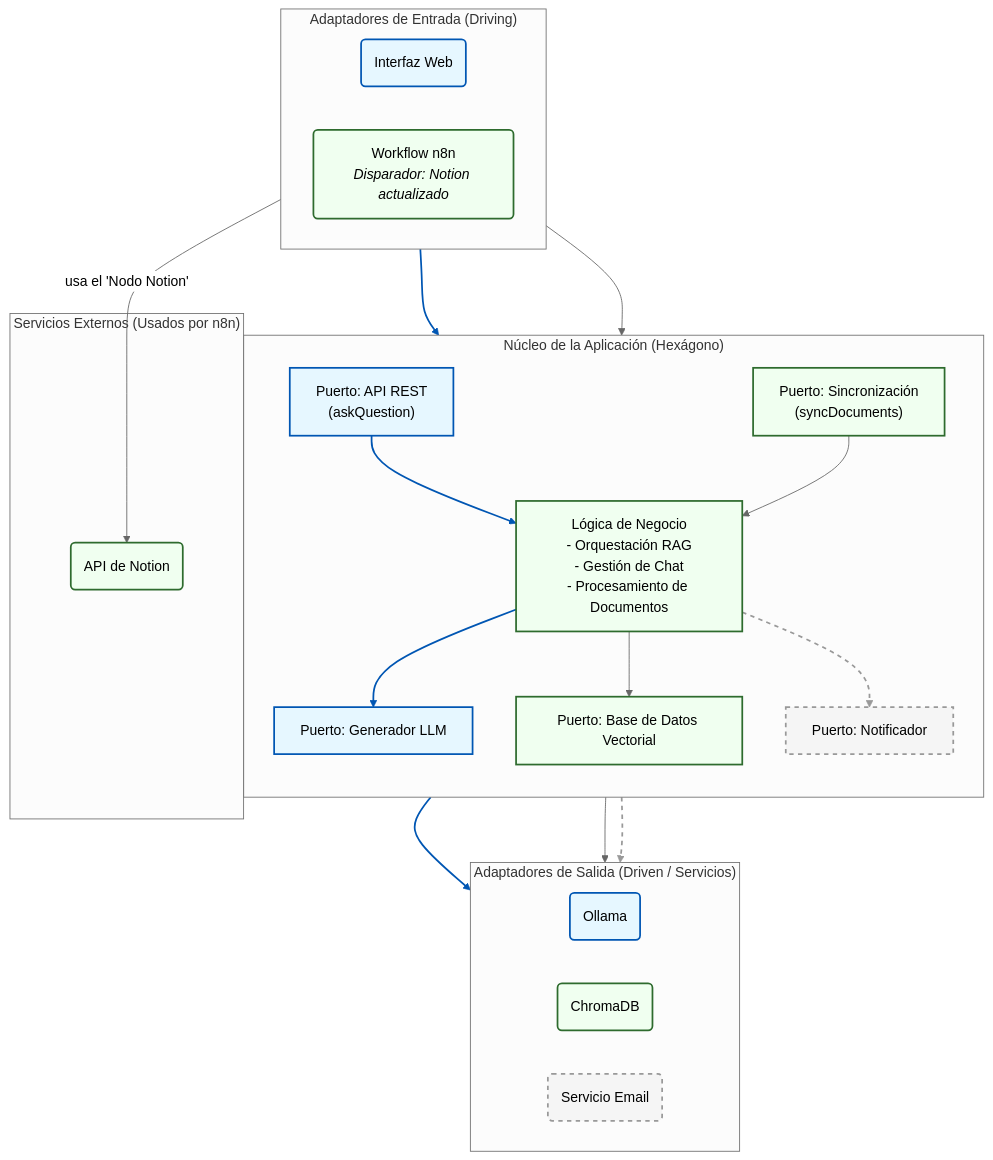
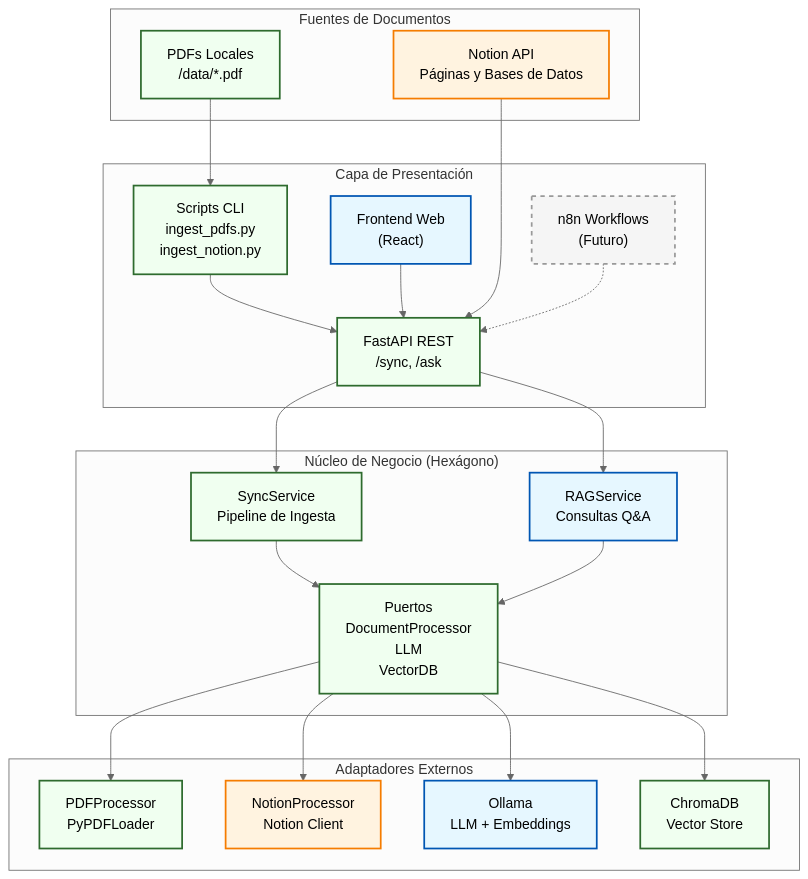
The first of 4 diagrams in README.md (mrodespin/aibrarian), drawn with Mermaid (neutral theme) before and after one commit. The commit also changed other lines of this file and 34 other files, not shown here.

First line of the commit message:
Implement MVP backend with hexagonal architecture

````diff
--- a/README.md
+++ b/README.md
@@ -38,64 +39,65 @@
 ```mermaid
 graph TD
     %% --- Definiciones de Estilo ---
     classDef mvp fill:#f0fff0,stroke:#2e6b2e,stroke-width:2px;
     classDef phase1 fill:#e6f7ff,stroke:#0056b3,stroke-width:2px;
-    classDef phase2 fill:#f5f5f5,stroke:#999,stroke-width:2px,stroke-dasharray: 5 5;
+    classDef extension fill:#fff3e0,stroke:#f57c00,stroke-width:2px;
+    classDef future fill:#f5f5f5,stroke:#999,stroke-width:2px,stroke-dasharray: 5 5;
 
-    %% --- Nodos de Entrada ---
-    subgraph "Adaptadores de Entrada (Driving)"
-        direction LR
-        UI("Interfaz Web")
-        N8N("Workflow n8n<br><i>Disparador: Notion actualizado</i>")
+    %% --- Fuentes de Datos ---
+    subgraph "Fuentes de Documentos"
+        PDFs["PDFs Locales<br>/data/*.pdf"]
+        NotionAPI["Notion API<br>Páginas y Bases de Datos"]
     end
 
-    %% --- Nodos del Nucleo ---
-    subgraph "Núcleo de la Aplicación (Hexágono)"
-        direction TB
-        Port_API["Puerto: API REST<br>(askQuestion)"]
-        Port_Sync["Puerto: Sincronización<br>(syncDocuments)"]
-        CoreLogic["Lógica de Negocio<br>- Orquestación RAG<br>- Gestión de Chat<br>- Procesamiento de Documentos"]
-        Port_LLM["Puerto: Generador LLM"]
-        Port_DB["Puerto: Base de Datos Vectorial"]
-        Port_Email["Puerto: Notificador"]
-    end
-    
-    %% --- Nodos de Salida ---
-    subgraph "Adaptadores de Salida (Driven / Servicios)"
-        direction LR
-        Adapter_LLM("Ollama")
-        Adapter_DB("ChromaDB")
-        Adapter_Email("Servicio Email")
+    %% --- Adaptadores de Entrada ---
+    subgraph "Capa de Presentación"
+        CLI["Scripts CLI<br>ingest_pdfs.py<br>ingest_notion.py"]
+        API["FastAPI REST<br>/sync, /ask"]
+        UI["Frontend Web<br>(React)"]
+        N8N["n8n Workflows<br>(Futuro)"]
     end
 
-    %% --- Nodos Externos (n8n) ---
-    subgraph "Servicios Externos (Usados por n8n)"
-        Adapter_Notion("API de Notion")
+    %% --- Núcleo Hexagonal ---
+    subgraph "Núcleo de Negocio (Hexágono)"
+        SyncService["SyncService<br>Pipeline de Ingesta"]
+        RAGService["RAGService<br>Consultas Q&A"]
+        Ports["Puertos<br>DocumentProcessor<br>LLM<br>VectorDB"]
     end
 
+    %% --- Adaptadores de Salida ---
+    subgraph "Adaptadores Externos"
+        PDFAdapter["PDFProcessor<br>PyPDFLoader"]
+        NotionAdapter["NotionProcessor<br>Notion Client"]
+        OllamaAdapter["Ollama<br>LLM + Embeddings"]
+        ChromaAdapter["ChromaDB<br>Vector Store"]
+    end
+
+    %% --- Conexiones MVP (Verde) ---
+    PDFs --> CLI
+    CLI --> API
+    API --> SyncService
+    SyncService --> Ports
+    Ports --> PDFAdapter
+    Ports --> OllamaAdapter
+    Ports --> ChromaAdapter
+
+    %% --- Conexiones Fase 1 (Azul) ---
+    UI --> API
+    API --> RAGService
+    RAGService --> Ports
+
+    %% --- Conexiones Extensión (Naranja) ---
+    NotionAPI --> API
+    Ports --> NotionAdapter
+
+    %% --- Conexiones Futuro (Gris) ---
+    N8N -.-> API
+
     %% --- Asignación de Clases ---
-    class N8N,Port_Sync,CoreLogic,Port_DB,Adapter_DB,Adapter_Notion mvp
-    class UI,Port_API,Port_LLM,Adapter_LLM phase1
-    class Port_Email,Adapter_Email phase2
-
-    %% --- Conexiones ---
-    Port_API --> CoreLogic
-    Port_Sync --> CoreLogic
-    CoreLogic --> Port_LLM
-    CoreLogic --> Port_DB
-    CoreLogic --> Port_Email      
-    UI --> Port_API
-    N8N --> Port_Sync
-    Port_LLM --> Adapter_LLM
-    Port_DB --> Adapter_DB
-    Port_Email --> Adapter_Email
-    N8N -- "usa el 'Nodo Notion'" --> Adapter_Notion
-
-    %% --- Estilos de Links (Fases 1 y 2) ---
-    linkStyle 0 stroke:#0056b3,stroke-width:2px;
-    linkStyle 2 stroke:#0056b3,stroke-width:2px;
-    linkStyle 4 stroke:#999,stroke-width:2px,stroke-dasharray: 5 5;
-    linkStyle 5 stroke:#0056b3,stroke-width:2px;
-    linkStyle 7 stroke:#0056b3,stroke-width:2px;
-    linkStyle 9 stroke:#999,stroke-width:2px,stroke-dasharray: 5 5;
+    class PDFs,CLI,SyncService,PDFAdapter,ChromaAdapter mvp
+    class UI,RAGService,OllamaAdapter phase1
+    class NotionAPI,NotionAdapter extension
+    class N8N future
+    class API,Ports mvp
 ```
````
